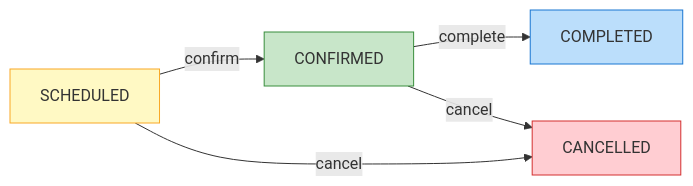
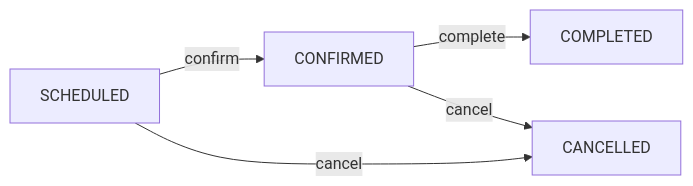
The second of 2 diagrams in documentation/ERD.md (Steavy/cerios-clinic), drawn with Mermaid before and after one commit. The commit also changed 3 other files, not shown here.

Commit message:
docs: remove emojis, subgraphs and style commands for GitHub Mermaid compatibility

````diff
--- a/documentation/ERD.md
+++ b/documentation/ERD.md
@@ -163,12 +163,7 @@
 ```mermaid
 flowchart LR
     S["SCHEDULED"] -->|"confirm"| C["CONFIRMED"]
     S -->|"cancel"| X["CANCELLED"]
     C -->|"complete"| D["COMPLETED"]
     C -->|"cancel"| X
-
-    style S fill:#fff9c4,stroke:#f9a825
-    style C fill:#c8e6c9,stroke:#388e3c
-    style D fill:#bbdefb,stroke:#1976d2
-    style X fill:#ffcdd2,stroke:#d32f2f
 ```
````
